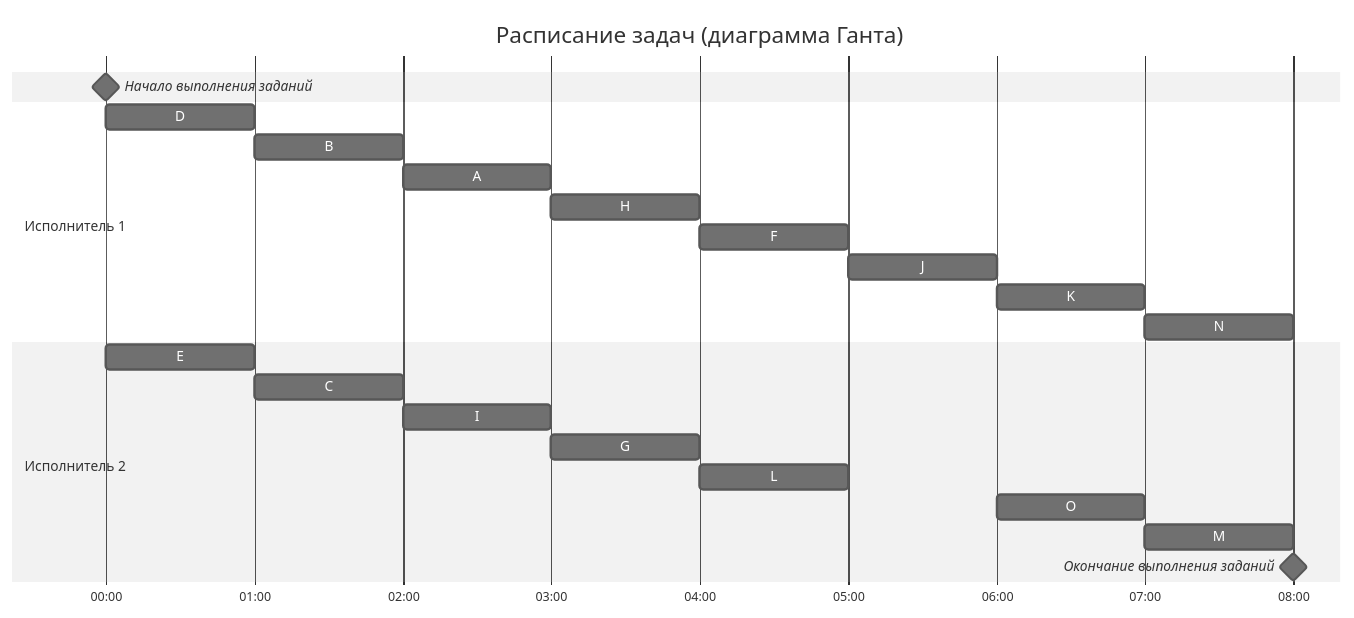
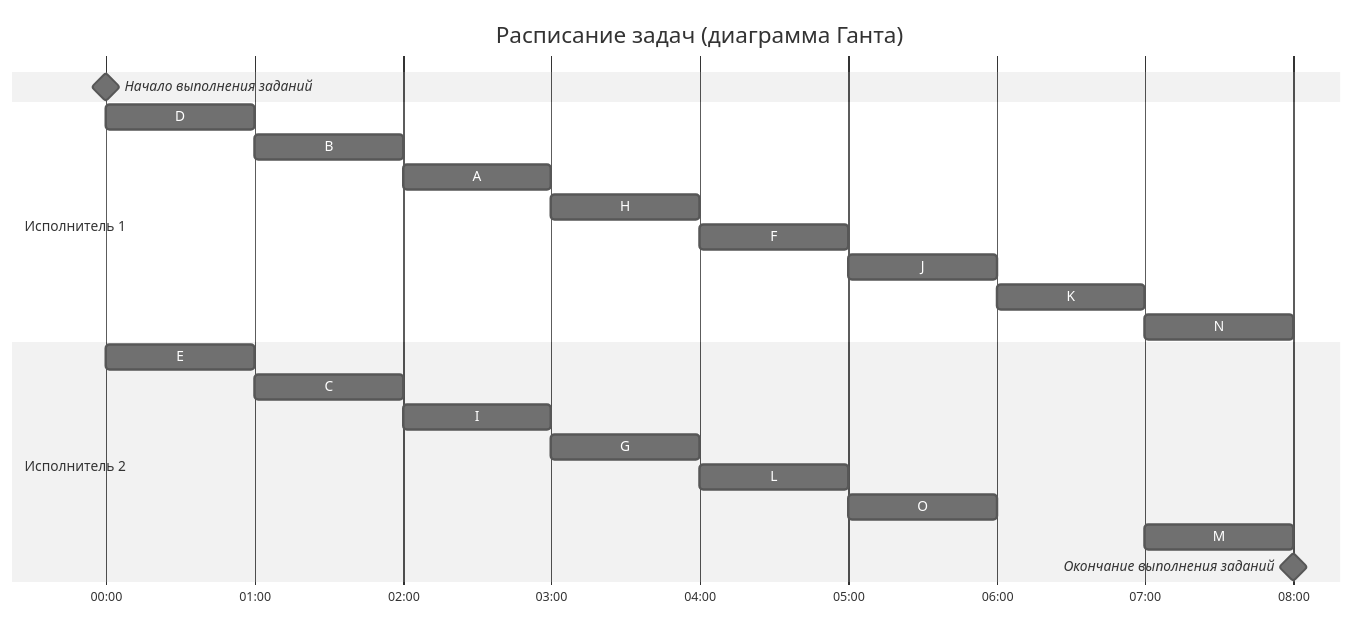
The fourth of 4 diagrams in task-7/python-gang.md (hse-algo-24-crow/manual-tasks-crow), drawn with Mermaid (neutral theme) before and after one commit.

Commit message:
Небольшие правки

````diff
--- a/task-7/python-gang.md
+++ b/task-7/python-gang.md
@@ -99,25 +99,25 @@
 ```mermaid
 gantt
     title Расписание задач (диаграмма Ганта)
     dateFormat HH:mm    
     axisFormat %H:%M
     Начало выполнения заданий : milestone, m1, 00:00, 0h
     section Исполнитель 1
     D         :d, 00:00, 1h
     B         :b, after d, 1h    
     A         :a, after b, 1h    
     H         :h, after a, 1h
     F         :f, after h, 1h
     J         :j, after f, 1h
     K         :k, after j, 1h
     N         :n, after k, 1h
     section Исполнитель 2
     E         :e, 00:00, 1h
     C         :c, after e, 1h
     I         :i, after c, 1h
     G         :g, after i, 1h
     L         :l, after g, 1h
-    O         :o, after j, 1h
-    M         :m, after o, 1h
+    O         :o, after l, 1h
+    M         :m, after k, 1h
     Окончание выполнения заданий : milestone, m2, 08:00, 0h
 ```
````
